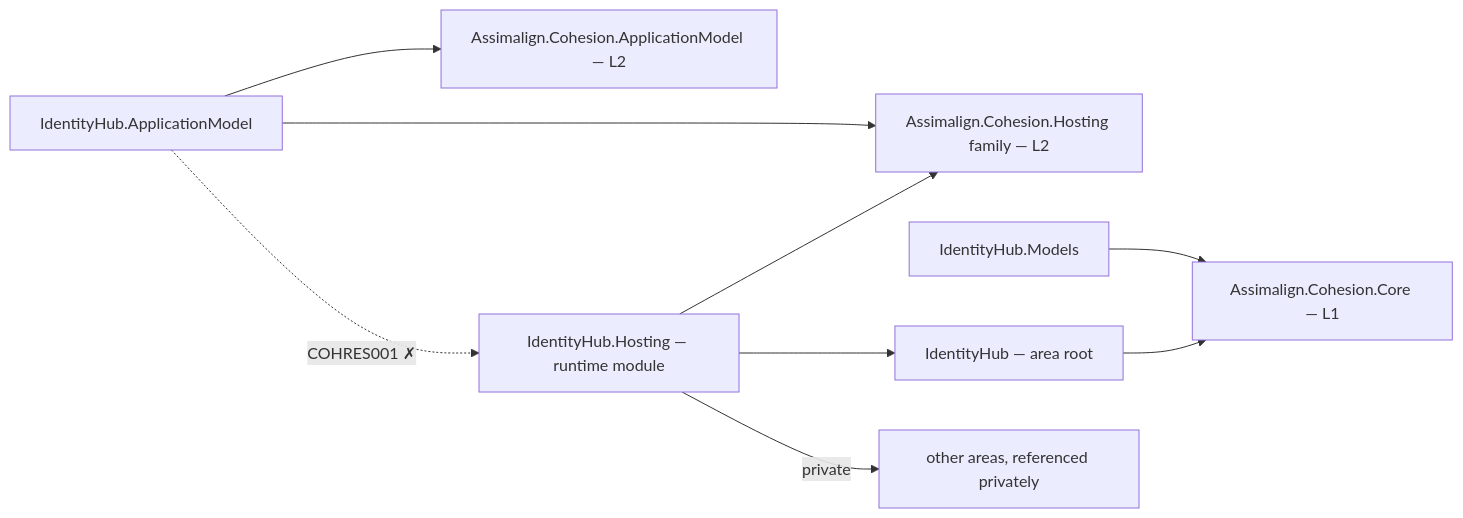
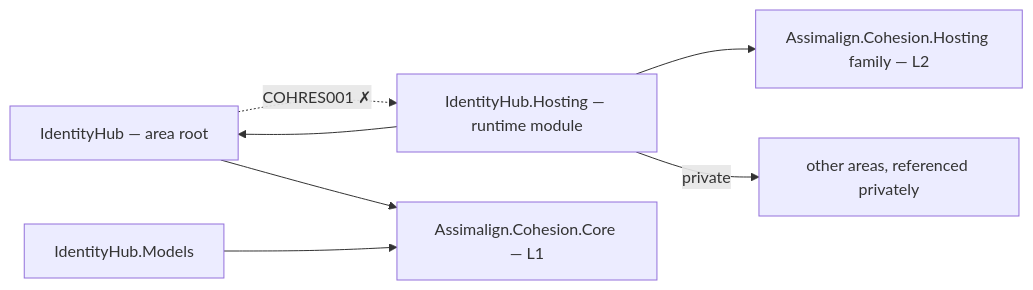
The diagram in resources/IdentityHub/README.md (assimalign/cohesion), drawn with Mermaid before and after one commit. The commit also changed other lines of this file and 441 other files, not shown here.

````diff
--- a/resources/IdentityHub/README.md
+++ b/resources/IdentityHub/README.md
@@ -12,19 +12,15 @@
 ```mermaid
 flowchart LR
     P0["IdentityHub — area root"]
-    P1["IdentityHub.ApplicationModel"]
     P3["IdentityHub.Hosting — runtime module"]
     P4["IdentityHub.Models"]
     CORE["Assimalign.Cohesion.Core — L1"]
     HOSTFAM["Assimalign.Cohesion.Hosting family — L2"]
-    APPMODEL["Assimalign.Cohesion.ApplicationModel — L2"]
     PRIV["other areas, referenced privately"]
     P0 --> CORE
-    P1 --> APPMODEL
-    P1 --> HOSTFAM
     P3 --> HOSTFAM
     P3 --> P0
     P3 -->|"private"| PRIV
     P4 --> CORE
-    P1 -.->|"COHRES001 ✗"| P3
+    P0 -.->|"COHRES001 ✗"| P3
 ```
````
